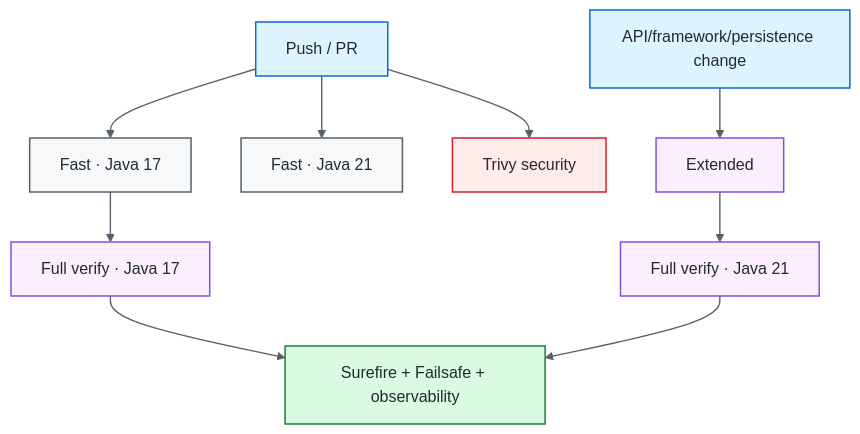
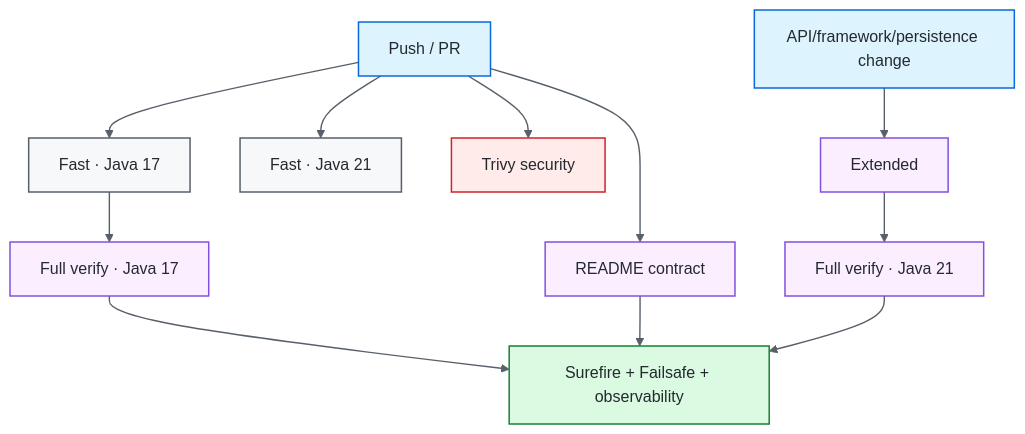
One commit to portyu9/qa-automation-java-restassured changed the second of 2 diagrams in README.md. Above: the diagram before and after it, drawn with Mermaid. The commit also changed other lines of this file and 2 other files, not shown here.

````diff
--- a/README.md
+++ b/README.md
@@ -271,23 +278,25 @@
 ```mermaid
 flowchart TD
     PR[Push / PR] --> J17[Fast · Java 17]
     PR --> J21[Fast · Java 21]
     J17 --> FULL17[Full verify · Java 17]
     PR --> SEC[Trivy security]
+    PR --> DOCS[README contract]
     CODECHANGE[API/framework/persistence change] --> EXT[Extended]
     EXT --> FULL21[Full verify · Java 21]
     FULL17 --> EV[Surefire + Failsafe + observability]
     FULL21 --> EV
+    DOCS --> EV
 
     classDef entry fill:#ddf4ff,stroke:#0969da,color:#24292f,stroke-width:1.5px;
     classDef core fill:#f6f8fa,stroke:#57606a,color:#24292f,stroke-width:1.5px;
     classDef gate fill:#fbefff,stroke:#8250df,color:#24292f,stroke-width:1.5px;
     classDef evidence fill:#dafbe1,stroke:#1a7f37,color:#24292f,stroke-width:1.5px;
     classDef security fill:#ffebe9,stroke:#cf222e,color:#24292f,stroke-width:1.5px;
     class PR,CODECHANGE entry;
     class J17,J21 core;
-    class FULL17,EXT,FULL21 gate;
+    class FULL17,EXT,FULL21,DOCS gate;
     class SEC security;
     class EV evidence;
     linkStyle default stroke:#57606a,stroke-width:1.4px;
 ```
````
